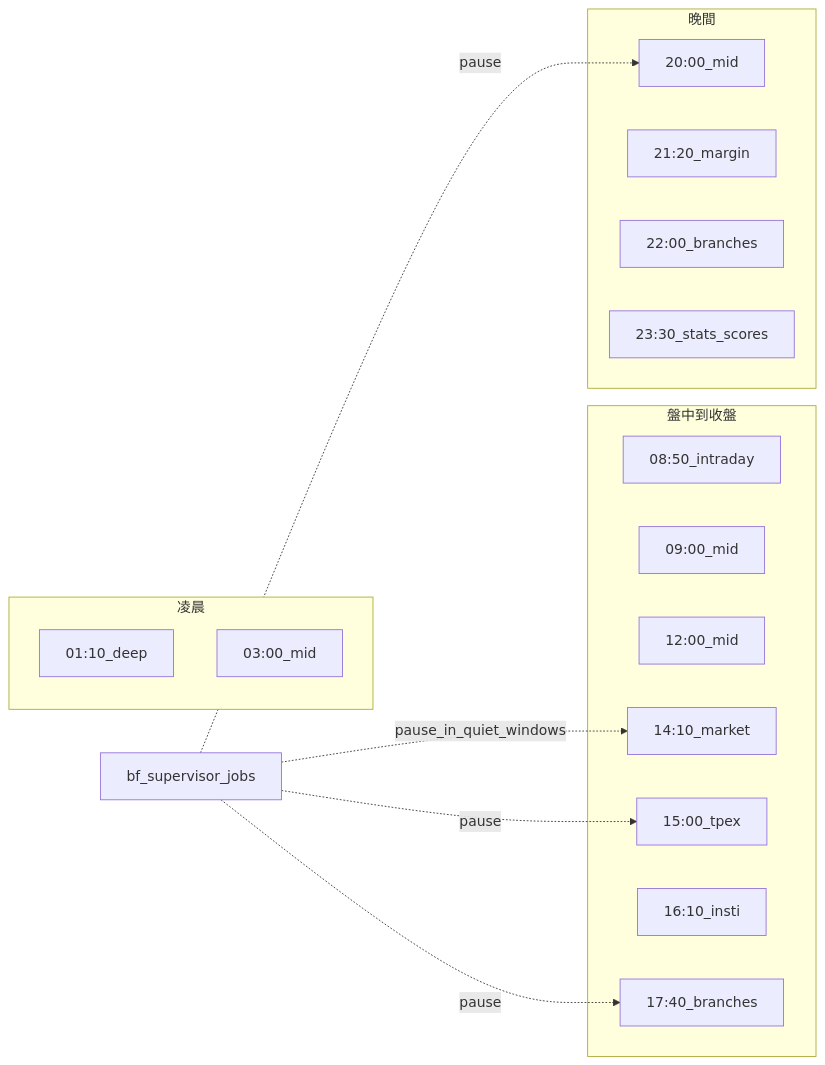
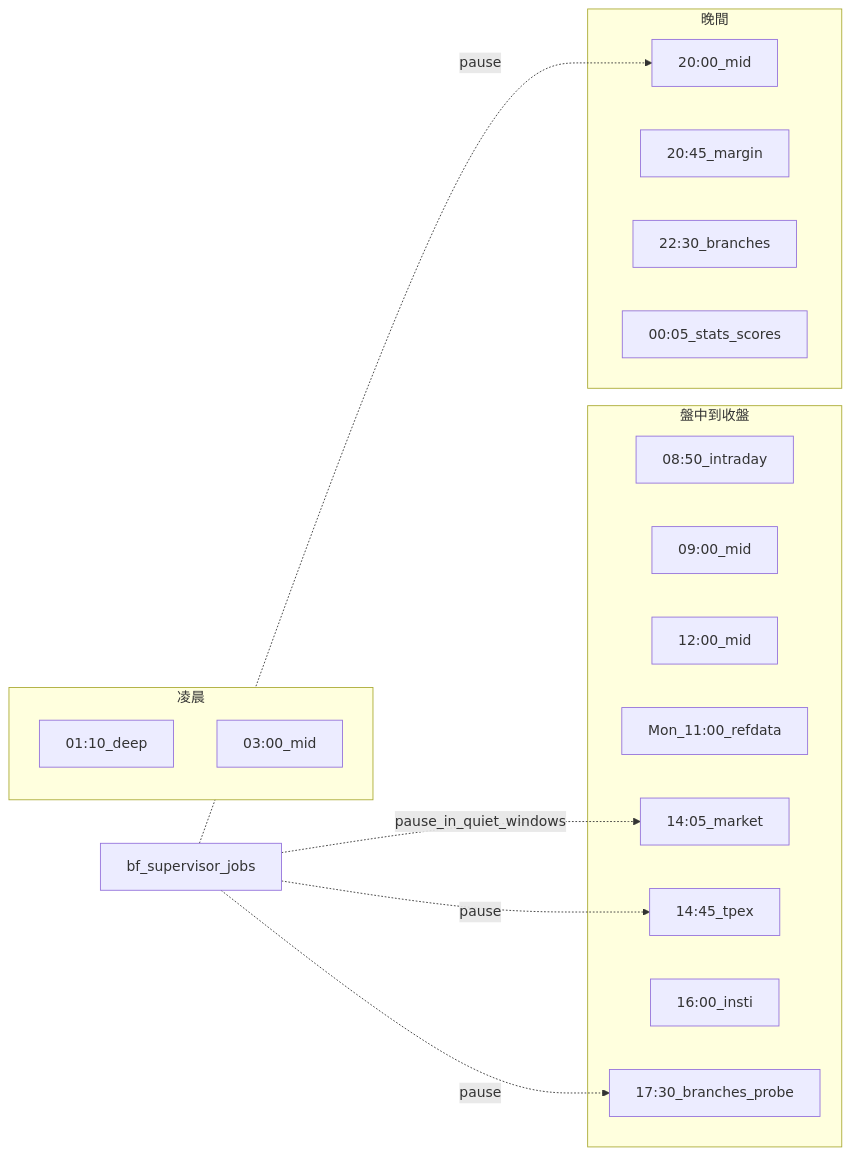
The second of 2 diagrams in docs/35_vps_schedule_architecture.md (bbdevin/trever-radar), drawn with Mermaid before and after one commit. The commit also changed other lines of this file and 31 other files, not shown here.

````diff
--- a/docs/35_vps_schedule_architecture.md
+++ b/docs/35_vps_schedule_architecture.md
@@ -99,27 +102,28 @@
 ```mermaid
 flowchart LR
   subgraph night [凌晨]
     d0110[01:10_deep]
     m0300[03:00_mid]
   end
   subgraph day [盤中到收盤]
     w0850[08:50_intraday]
     m09[09:00_mid]
     m12[12:00_mid]
-    d1410[14:10_market]
-    d1500[15:00_tpex]
-    d1610[16:10_insti]
-    d1740[17:40_branches]
+    r1100[Mon_11:00_refdata]
+    d1410[14:05_market]
+    d1500[14:45_tpex]
+    d1610[16:00_insti]
+    d1740[17:30_branches_probe]
   end
   subgraph eve [晚間]
     m20[20:00_mid]
-    d2120[21:20_margin]
-    d2200[22:00_branches]
-    s2330[23:30_stats_scores]
+    d2120[20:45_margin]
+    d2200[22:30_branches]
+    s2330[00:05_stats_scores]
   end
   bf[bf_supervisor_jobs]
   bf -.->|pause_in_quiet_windows| d1410
   bf -.->|pause| d1500
   bf -.->|pause| d1740
   bf -.->|pause| m20
 ```
````
